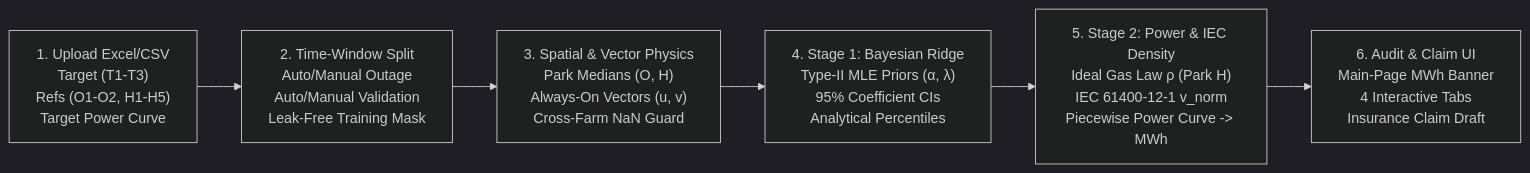
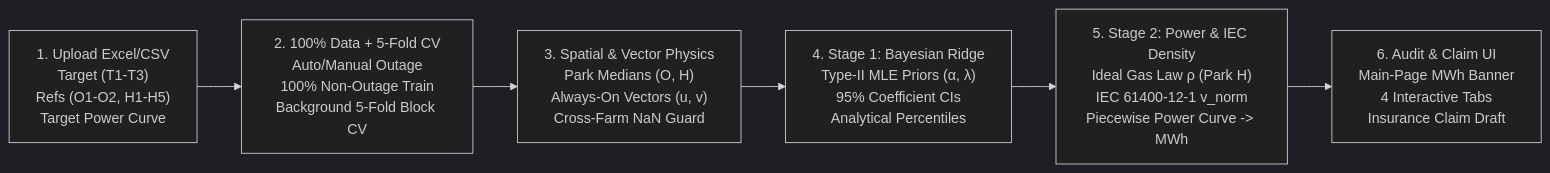
The diagram in PRESENTATION_GUIDE.md (invidiae/baywa_challenge), drawn with Mermaid (dark theme) before and after one commit. The commit also changed other lines of this file and 2 other files, not shown here.

Commit message:
Use background 5-fold time-block cross-validation without withholding training data

````diff
--- a/PRESENTATION_GUIDE.md
+++ b/PRESENTATION_GUIDE.md
@@ -48,8 +48,8 @@
 ```mermaid
 flowchart LR
-    A["1. Upload Excel/CSV\nTarget (T1-T3)\nRefs (O1-O2, H1-H5)\nTarget Power Curve"] --> B["2. Time-Window Split\nAuto/Manual Outage\nAuto/Manual Validation\nLeak-Free Training Mask"]
+    A["1. Upload Excel/CSV\nTarget (T1-T3)\nRefs (O1-O2, H1-H5)\nTarget Power Curve"] --> B["2. 100% Data + 5-Fold CV\nAuto/Manual Outage\n100% Non-Outage Train\nBackground 5-Fold Block CV"]
     B --> C["3. Spatial & Vector Physics\nPark Medians (O, H)\nAlways-On Vectors (u, v)\nCross-Farm NaN Guard"]
     C --> D["4. Stage 1: Bayesian Ridge\nType-II MLE Priors (α, λ)\n95% Coefficient CIs\nAnalytical Percentiles"]
     D --> E["5. Stage 2: Power & IEC Density\nIdeal Gas Law ρ (Park H)\nIEC 61400-12-1 v_norm\nPiecewise Power Curve -> MWh"]
     E --> F["6. Audit & Claim UI\nMain-Page MWh Banner\n4 Interactive Tabs\nInsurance Claim Draft"]
 ```
````
